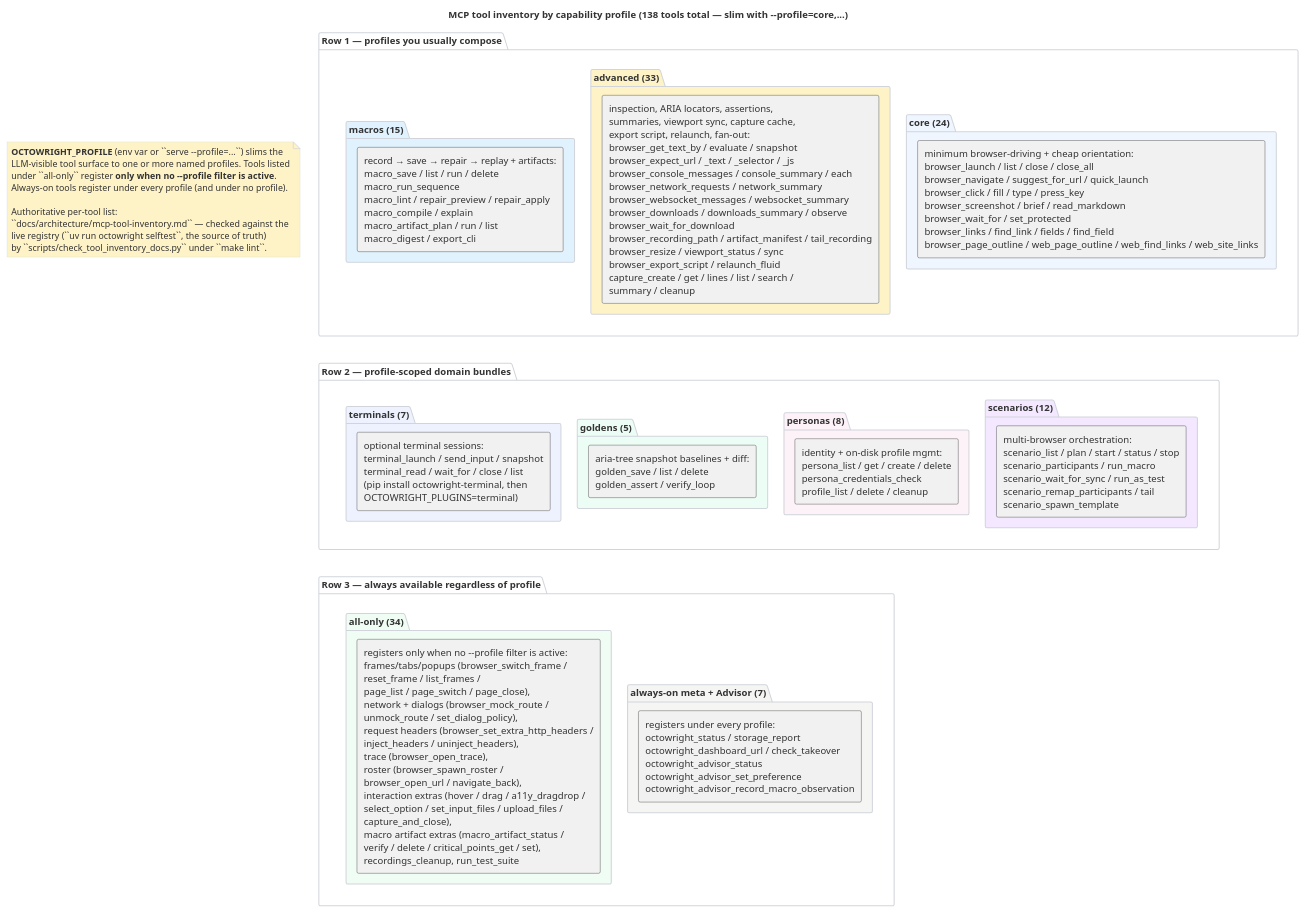
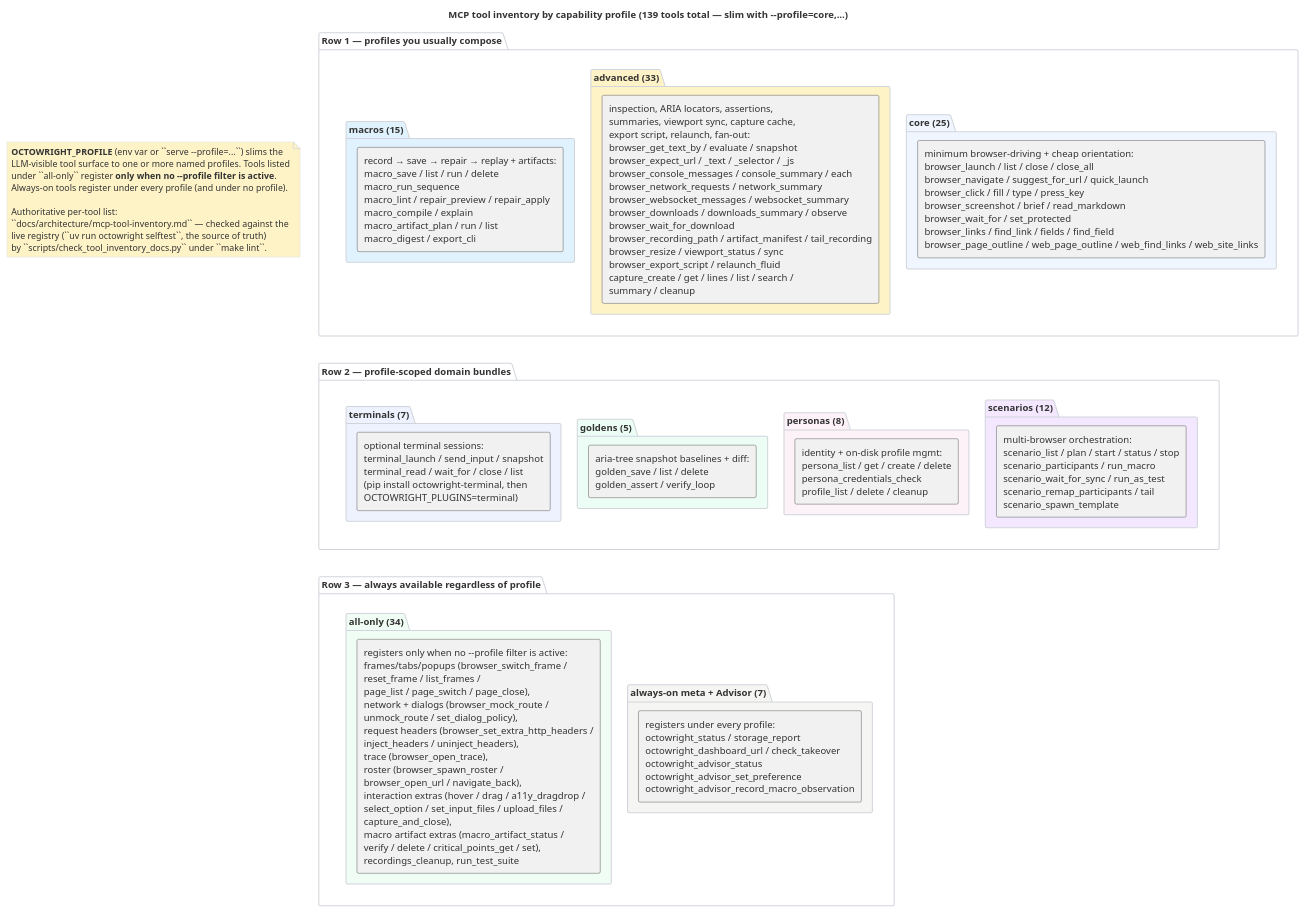
Before and after one commit to livingstaccato/octowright: the diagram in docs/architecture/mcp-tool-surface.puml, drawn with PlantUML. The commit also changed 30 other files, not shown here.

```diff
--- a/docs/architecture/mcp-tool-surface.puml
+++ b/docs/architecture/mcp-tool-surface.puml
@@ -5,72 +5,72 @@
 @startuml mcp-tool-surface
-title MCP tool inventory by capability profile (138 tools total — slim with --profile=core,...)
+title MCP tool inventory by capability profile (139 tools total — slim with --profile=core,...)
 
 skinparam backgroundColor #ffffff
 skinparam defaultFontColor #333333
 skinparam packageBorderColor #d1d5db
 skinparam packageBackgroundColor #f9fafb
 skinparam noteBackgroundColor #fef3c7
 skinparam noteBorderColor #d1d5db
 skinparam ArrowColor transparent
 
 ' PlantUML doesn't have a real grid layout. The trick that works: wrap
 ' each row of profile boxes in an outer "row" package. Outer packages
 ' stack vertically because nothing links them horizontally; inner
 ' boxes pack horizontally within their row.
 
 note as LEGEND #fef3c7
   **OCTOWRIGHT_PROFILE** (env var or ``serve --profile=...``) slims the
   LLM-visible tool surface to one or more named profiles. Tools listed
   under ``all-only`` register **only when no --profile filter is active**.
   Always-on tools register under every profile (and under no profile).
 
   Authoritative per-tool list:
   ``docs/architecture/mcp-tool-inventory.md`` — checked against the
   live registry (``uv run octowright selftest``, the source of truth)
   by ``scripts/check_tool_inventory_docs.py`` under ``make lint``.
 end note
 
 package "Row 1 — profiles you usually compose" as ROW1 #ffffff {
-  package "core (24)" as P_CORE #eff6ff {
+  package "core (25)" as P_CORE #eff6ff {
     rectangle "minimum browser-driving + cheap orientation:\nbrowser_launch / list / close / close_all\nbrowser_navigate / suggest_for_url / quick_launch\nbrowser_click / fill / type / press_key\nbrowser_screenshot / brief / read_markdown\nbrowser_wait_for / set_protected\nbrowser_links / find_link / fields / find_field\nbrowser_page_outline / web_page_outline / web_find_links / web_site_links" as R_CORE
   }
   package "advanced (33)" as P_ADV #fef3c7 {
     rectangle "inspection, ARIA locators, assertions,\nsummaries, viewport sync, capture cache,\nexport script, relaunch, fan-out:\nbrowser_get_text_by / evaluate / snapshot\nbrowser_expect_url / _text / _selector / _js\nbrowser_console_messages / console_summary / each\nbrowser_network_requests / network_summary\nbrowser_websocket_messages / websocket_summary\nbrowser_downloads / downloads_summary / observe\nbrowser_wait_for_download\nbrowser_recording_path / artifact_manifest / tail_recording\nbrowser_resize / viewport_status / sync\nbrowser_export_script / relaunch_fluid\ncapture_create / get / lines / list / search /\nsummary / cleanup" as R_ADV
   }
   package "macros (15)" as P_MAC #e0f2fe {
     rectangle "record → save → repair → replay + artifacts:\nmacro_save / list / run / delete\nmacro_run_sequence\nmacro_lint / repair_preview / repair_apply\nmacro_compile / explain\nmacro_artifact_plan / run / list\nmacro_digest / export_cli" as R_MAC
   }
 }
 
 package "Row 2 — profile-scoped domain bundles" as ROW2 #ffffff {
   package "scenarios (12)" as P_SCN #f3e8ff {
     rectangle "multi-browser orchestration:\nscenario_list / plan / start / status / stop\nscenario_participants / run_macro\nscenario_wait_for_sync / run_as_test\nscenario_remap_participants / tail\nscenario_spawn_template" as R_SCN
   }
   package "personas (8)" as P_PERS #fdf2f8 {
     rectangle "identity + on-disk profile mgmt:\npersona_list / get / create / delete\npersona_credentials_check\nprofile_list / delete / cleanup" as R_PERS
   }
   package "goldens (5)" as P_GOLD #ecfdf5 {
     rectangle "aria-tree snapshot baselines + diff:\ngolden_save / list / delete\ngolden_assert / verify_loop" as R_GOLD
   }
   package "terminals (7)" as P_TERM #eef2ff {
     rectangle "optional terminal sessions:\nterminal_launch / send_input / snapshot\nterminal_read / wait_for / close / list\n(pip install octowright-terminal, then\nOCTOWRIGHT_PLUGINS=terminal)" as R_TERM
   }
 }
 
 package "Row 3 — always available regardless of profile" as ROW3 #ffffff {
   package "always-on meta + Advisor (7)" as P_META #f5f5f4 {
     rectangle "registers under every profile:\noctowright_status / storage_report\noctowright_dashboard_url / check_takeover\noctowright_advisor_status\noctowright_advisor_set_preference\noctowright_advisor_record_macro_observation" as R_META
   }
   package "all-only (34)" as P_ALL #f0fdf4 {
     rectangle "registers only when no --profile filter is active:\nframes/tabs/popups (browser_switch_frame /\nreset_frame / list_frames /\npage_list / page_switch / page_close),\nnetwork + dialogs (browser_mock_route /\nunmock_route / set_dialog_policy),\nrequest headers (browser_set_extra_http_headers /\ninject_headers / uninject_headers),\ntrace (browser_open_trace),\nroster (browser_spawn_roster /\nbrowser_open_url / navigate_back),\ninteraction extras (hover / drag / a11y_dragdrop /\nselect_option / set_input_files / upload_files /\ncapture_and_close),\nmacro artifact extras (macro_artifact_status /\nverify / delete / critical_points_get / set),\nrecordings_cleanup, run_test_suite" as R_ALL
   }
 }
 
 ' Force vertical stacking of the row packages. Without these, PlantUML
 ' lays the three outer packages out in a single horizontal strip.
 ' (The note doesn't participate — hidden-arrow on a note leaks as a
 ' visible text label in some renderers.)
 ROW1 -[hidden]down-> ROW2
 ROW2 -[hidden]down-> ROW3
 
 @enduml
```
